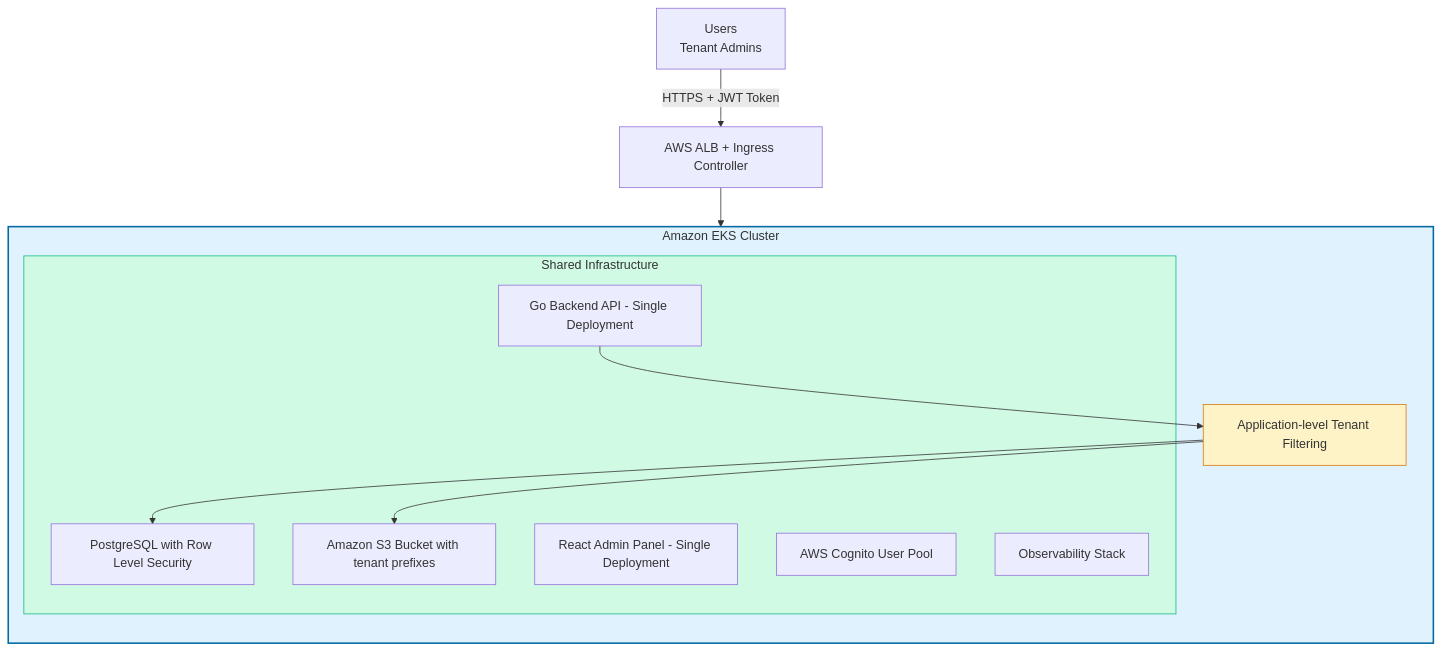
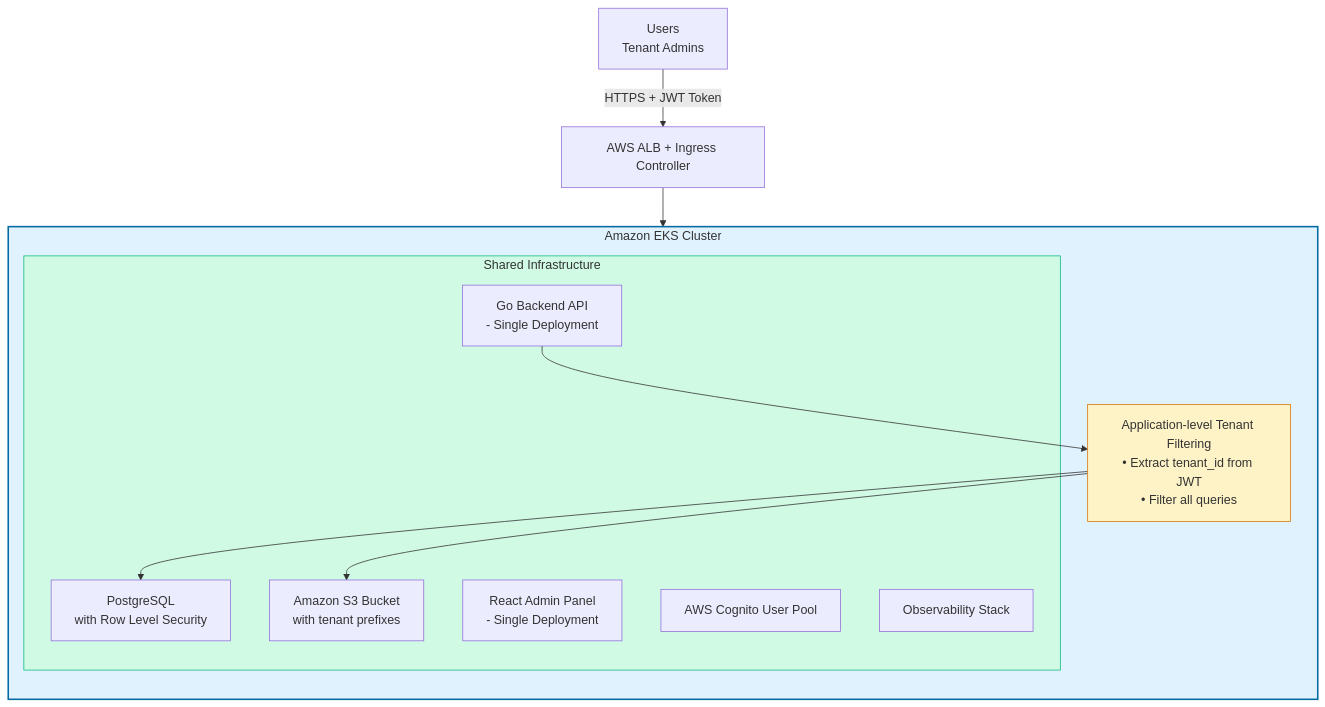
Before and after one commit to omidgz/multi-tenant-store-admin-panel: the diagram in DESIGN.md, drawn with Mermaid. The commit also changed other lines of this file, not shown here.

Commit message:
update design document for app level isolation

````diff
--- a/DESIGN.md
+++ b/DESIGN.md
@@ -28,30 +28,30 @@
 ``` mermaid
 flowchart TD
     Users[Users<br/>Tenant Admins] 
     -->|HTTPS + JWT Token| ALB[AWS ALB + Ingress Controller]
 
     ALB --> EKS[Amazon EKS Cluster]
 
     subgraph EKS ["Amazon EKS Cluster"]
         direction TB
 
         subgraph Shared ["Shared Infrastructure"]
-            Backend[Go Backend API - Single Deployment]
-            Frontend[React Admin Panel - Single Deployment]
+            Backend[Go Backend API<br/>- Single Deployment]
+            Frontend[React Admin Panel<br/>- Single Deployment]
             Cognito[AWS Cognito User Pool]
-            Postgres[PostgreSQL with Row Level Security]
-            S3[Amazon S3 Bucket with tenant prefixes]
+            Postgres[PostgreSQL<br/>with Row Level Security]
+            S3[Amazon S3 Bucket<br/>with tenant prefixes]
             Obs[Observability Stack]
         end
 
-        TenantFilter[Application-level Tenant Filtering]
+        TenantFilter[Application-level Tenant Filtering<br/>• Extract tenant_id from JWT<br/>• Filter all queries]
     end
 
     Backend --> TenantFilter
     TenantFilter --> Postgres
     TenantFilter --> S3
 
     style EKS fill:#e0f2fe,stroke:#0369a1,stroke-width:2px
     style Shared fill:#d1fae5,stroke:#10b981
     style TenantFilter fill:#fef3c7,stroke:#d97706
 ```
````
